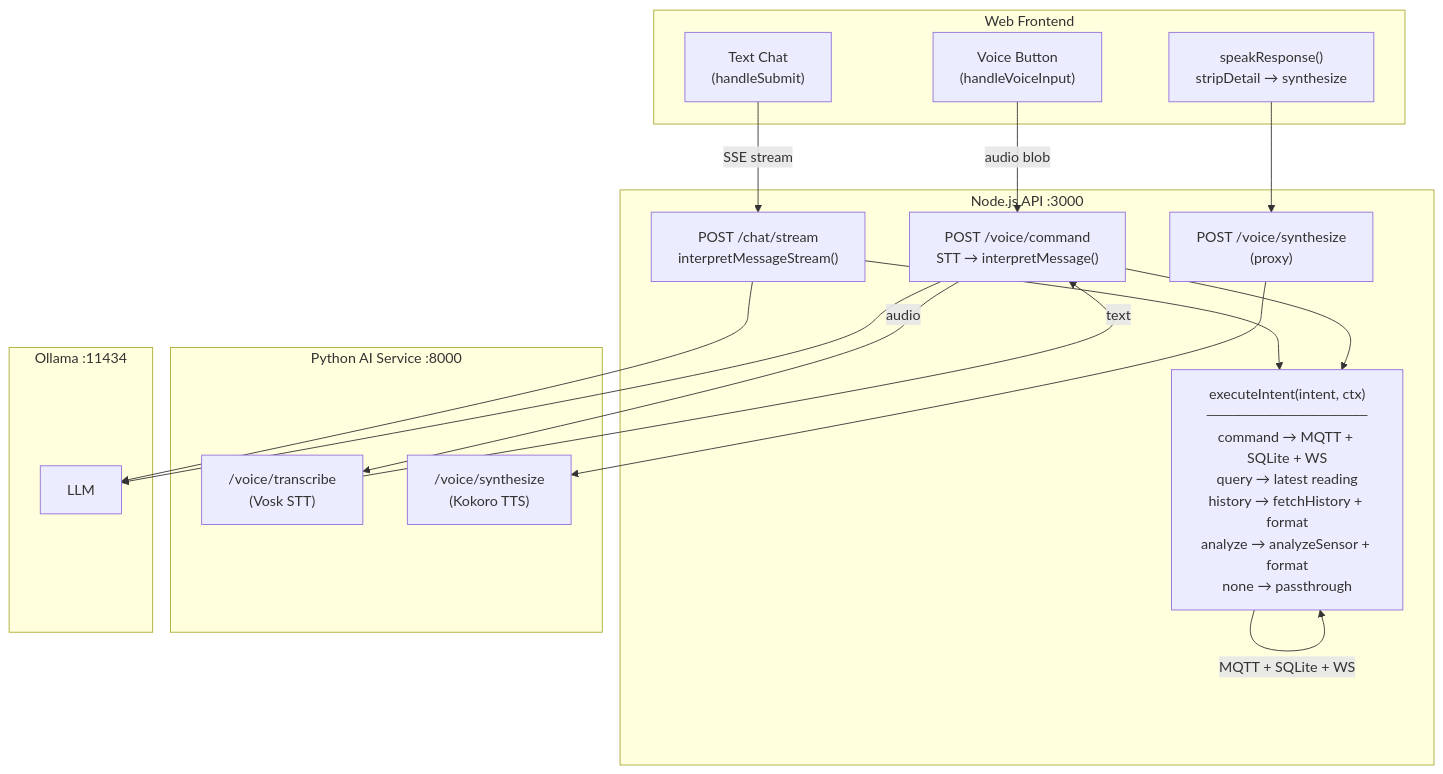
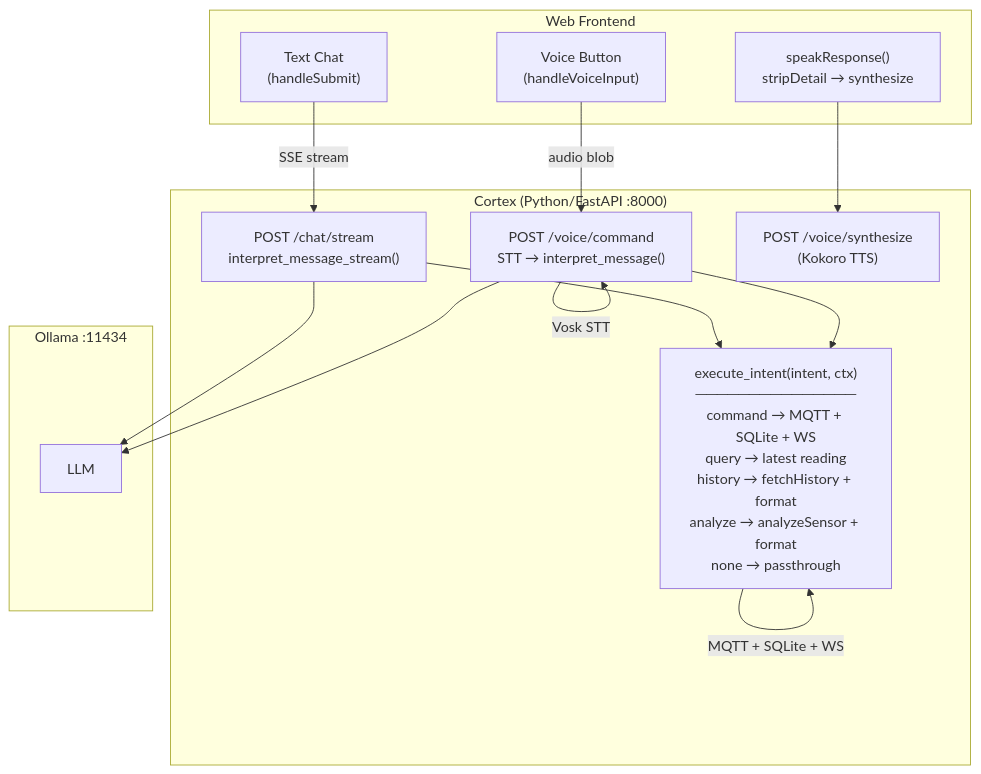
The diagram in CLAUDE.md (curtisblanchette/my-esp32-project), drawn with Mermaid before and after one commit. The commit also changed other lines of this file and 26 other files, not shown here.

````diff
--- a/CLAUDE.md
+++ b/CLAUDE.md
@@ -54,36 +46,30 @@
 ```mermaid
 flowchart TB
     subgraph Frontend["Web Frontend"]
         TextChat["Text Chat<br/>(handleSubmit)"]
         VoiceBtn["Voice Button<br/>(handleVoiceInput)"]
         TTS["speakResponse()<br/>stripDetail → synthesize"]
     end
 
-    subgraph NodeAPI["Node.js API :3000"]
-        ChatStream["POST /chat/stream<br/>interpretMessageStream()"]
-        VoiceCmd["POST /voice/command<br/>STT → interpretMessage()"]
-        SynthProxy["POST /voice/synthesize<br/>(proxy)"]
+    subgraph Cortex["Cortex (Python/FastAPI :8000)"]
+        ChatStream["POST /chat/stream<br/>interpret_message_stream()"]
+        VoiceCmd["POST /voice/command<br/>STT → interpret_message()"]
+        Synth["POST /voice/synthesize<br/>(Kokoro TTS)"]
 
-        Executor["executeIntent(intent, ctx)<br/>───────────────<br/>command → MQTT + SQLite + WS<br/>query → latest reading<br/>history → fetchHistory + format<br/>analyze → analyzeSensor + format<br/>none → passthrough"]
-    end
-
-    subgraph PythonAI["Python AI Service :8000"]
-        STT["/voice/transcribe<br/>(Vosk STT)"]
-        TTSService["/voice/synthesize<br/>(Kokoro TTS)"]
+        Executor["execute_intent(intent, ctx)<br/>───────────────<br/>command → MQTT + SQLite + WS<br/>query → latest reading<br/>history → fetchHistory + format<br/>analyze → analyzeSensor + format<br/>none → passthrough"]
     end
 
     subgraph Ollama["Ollama :11434"]
         LLM["LLM"]
     end
 
     TextChat -->|SSE stream| ChatStream
     VoiceBtn -->|audio blob| VoiceCmd
     ChatStream --> LLM
-    VoiceCmd -->|audio| STT
-    STT -->|text| VoiceCmd
+    VoiceCmd -->|Vosk STT| VoiceCmd
     VoiceCmd --> LLM
     ChatStream --> Executor
     VoiceCmd --> Executor
     Executor -->|MQTT + SQLite + WS| Executor
-    TTS --> SynthProxy --> TTSService
+    TTS --> Synth
 ```
````
